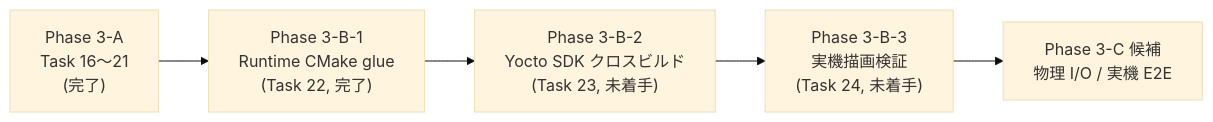
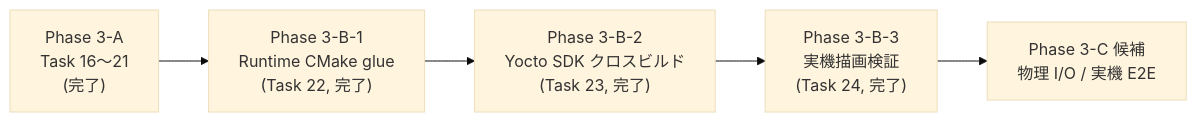
Before and after one commit to hang-up33/hmi-platform: the first of 2 diagrams in Docs/phase3b-runtime-plan.md, drawn with Mermaid (base theme). The commit also changed 4 other files, not shown here.

````diff
--- a/Docs/phase3b-runtime-plan.md
+++ b/Docs/phase3b-runtime-plan.md
@@ -9,7 +9,7 @@
 ```mermaid
 flowchart LR
     A["Phase 3-A<br/>Task 16〜21<br/>(完了)"] --> B["Phase 3-B-1<br/>Runtime CMake glue<br/>(Task 22, 完了)"]
-    B --> C["Phase 3-B-2<br/>Yocto SDK クロスビルド<br/>(Task 23, 未着手)"]
-    C --> D["Phase 3-B-3<br/>実機描画検証<br/>(Task 24, 未着手)"]
+    B --> C["Phase 3-B-2<br/>Yocto SDK クロスビルド<br/>(Task 23, 完了)"]
+    C --> D["Phase 3-B-3<br/>実機描画検証<br/>(Task 24, 完了)"]
     D --> E["Phase 3-C 候補<br/>物理 I/O / 実機 E2E"]
 ```
````
